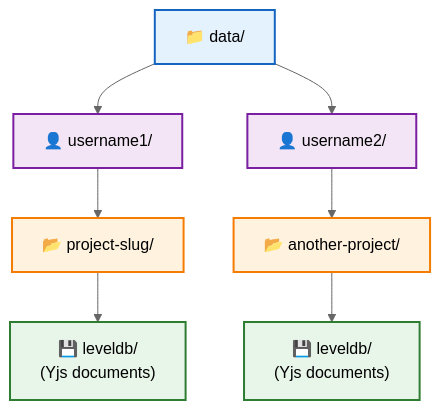
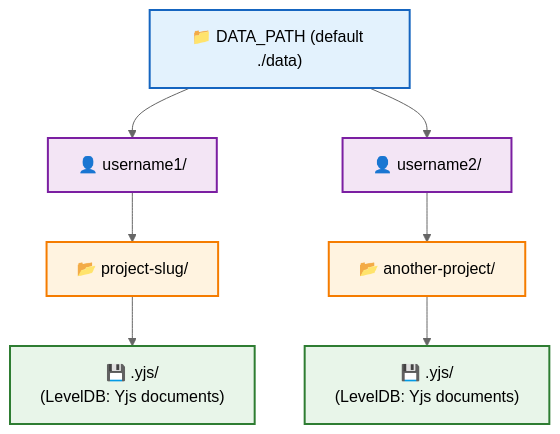
The third of 9 diagrams in docs/site/docs/developer/architecture.md (bobbyquantum/inkweld), drawn with Mermaid before and after one commit. The commit also changed other lines of this file and 88 other files, not shown here.

````diff
--- a/docs/site/docs/developer/architecture.md
+++ b/docs/site/docs/developer/architecture.md
@@ -218,22 +252,22 @@
 ```mermaid
 %%{init: {'theme':'neutral'}}%%
 graph TD
-    Data["📁 data/"]
+    Data["📁 DATA_PATH (default ./data)"]
 
     Data --> U1["👤 username1/"]
     Data --> U2["👤 username2/"]
 
     U1 --> P1["📂 project-slug/"]
-    P1 --> L1["💾 leveldb/<br/>(Yjs documents)"]
+    P1 --> L1["💾 .yjs/<br/>(LevelDB: Yjs documents)"]
 
     U2 --> P2["📂 another-project/"]
-    P2 --> L2["💾 leveldb/<br/>(Yjs documents)"]
+    P2 --> L2["💾 .yjs/<br/>(LevelDB: Yjs documents)"]
 
     style Data fill:#e3f2fd,stroke:#1565c0,stroke-width:2px
     style U1 fill:#f3e5f5,stroke:#7b1fa2,stroke-width:2px
     style U2 fill:#f3e5f5,stroke:#7b1fa2,stroke-width:2px
     style P1 fill:#fff3e0,stroke:#f57c00,stroke-width:2px
     style P2 fill:#fff3e0,stroke:#f57c00,stroke-width:2px
     style L1 fill:#e8f5e9,stroke:#2e7d32,stroke-width:2px
     style L2 fill:#e8f5e9,stroke:#2e7d32,stroke-width:2px
 ```
````
